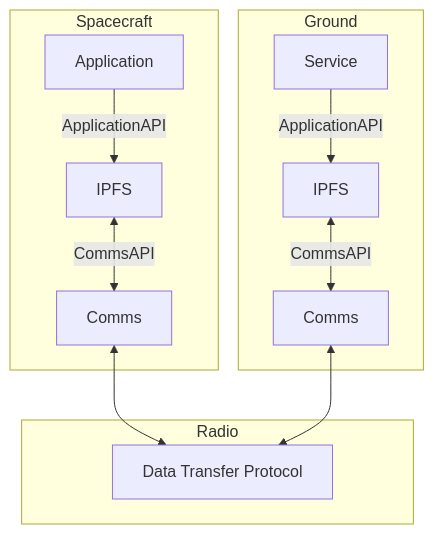
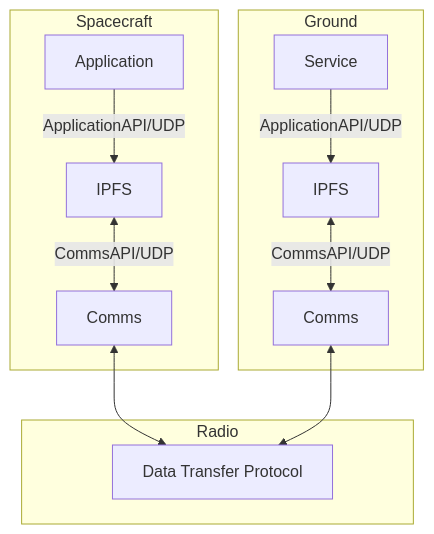
The diagram in README.md (ipfs-shipyard/space), drawn with Mermaid before and after one commit. The commit also changed other lines of this file, not shown here.

Commit message:
Adding udp details to architecture diagram

````diff
--- a/README.md
+++ b/README.md
@@ -65,19 +75,19 @@
 ```mermaid
 flowchart TD
     subgraph Spacecraft
-        A[Application] -- ApplicationAPI --> B[IPFS]
-        B <-- CommsAPI --> C[Comms]
+        A[Application] -- ApplicationAPI/UDP --> B[IPFS]
+        B <-- CommsAPI/UDP --> C[Comms]
     end
 
     subgraph Radio
         Z[Data Transfer Protocol]
     end
 
     subgraph Ground
-        F[Service] -- ApplicationAPI --> E[IPFS]
-        E <-- CommsAPI --> G[Comms]
+        F[Service] -- ApplicationAPI/UDP --> E[IPFS]
+        E <-- CommsAPI/UDP --> G[Comms]
     end
 
     C <--> Z
     G <--> Z
 ```
````
